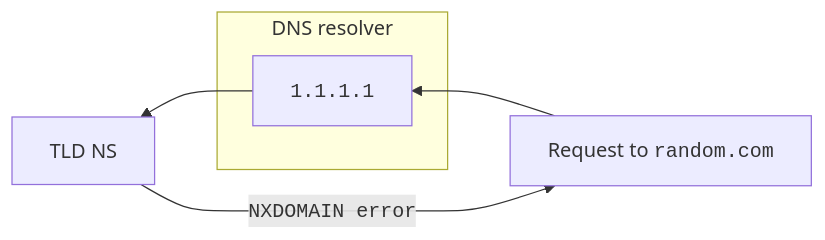
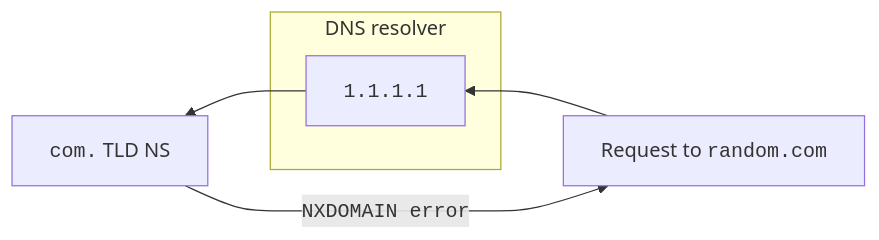
The first of 2 diagrams in content/dns/dns-firewall/random-prefix-attacks/about.md (cloudflare/cloudflare-docs), drawn with Mermaid before and after one commit. The commit also changed other lines of this file, not shown here.

```diff
--- a/content/dns/dns-firewall/random-prefix-attacks/about.md
+++ b/content/dns/dns-firewall/random-prefix-attacks/about.md
@@ -18,10 +20,10 @@
 <div class="mermaid">
     flowchart RL
       accTitle: Random prefix attacks diagram
       A[Request to <code>random.com</code>] --> B[<code>1.1.1.1</code>]
-      B --> C[TLD NS]
+      B --> C[<code>com.</code> TLD NS]
       C --<code>NXDOMAIN error</code>--> A
       subgraph DNS resolver
         B
       end
 </div>
```
